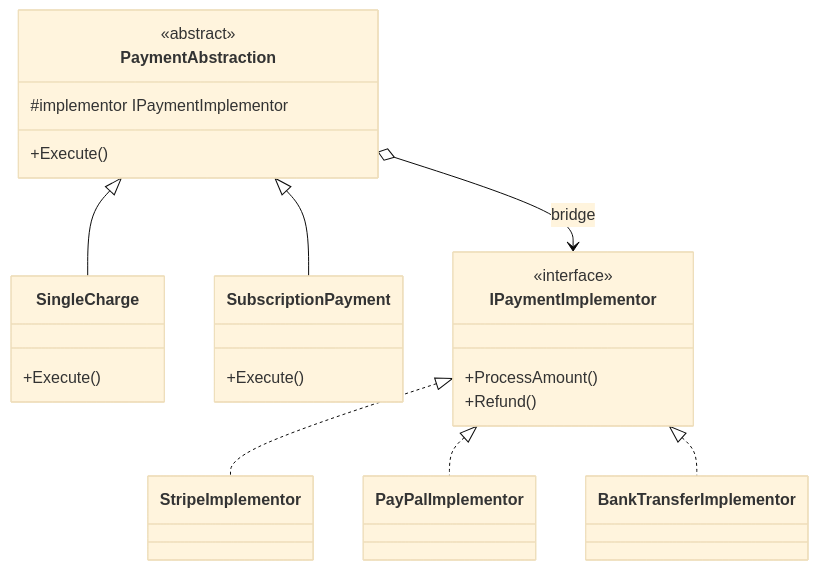
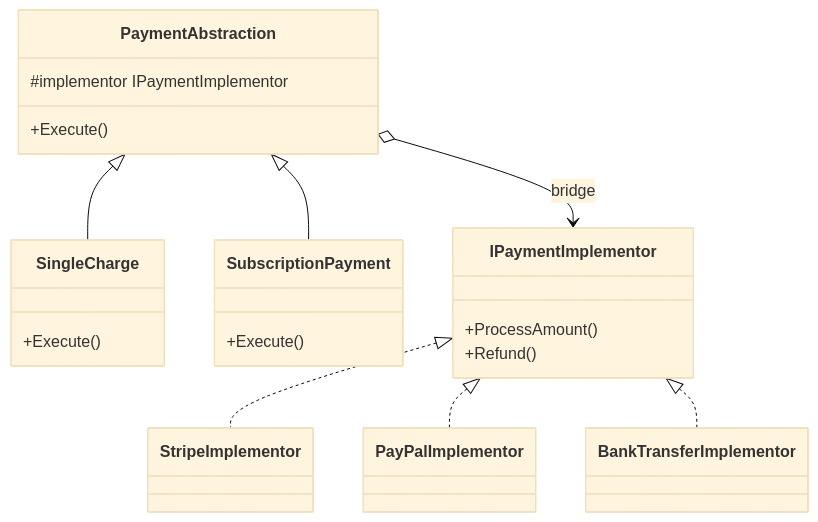
Before and after one commit to grafanaKibana/devbook.zip: the diagram in Vault/Software Engineering/05 Architecture/Patterns/Design Patterns/Structural/Bridge.md, drawn with Mermaid (base theme). The commit also changed 15 other files, not shown here.

````diff
--- a/Vault/Software Engineering/05 Architecture/Patterns/Design Patterns/Structural/Bridge.md
+++ b/Vault/Software Engineering/05 Architecture/Patterns/Design Patterns/Structural/Bridge.md
@@ -18,28 +18,28 @@
 ```mermaid
 classDiagram
     class PaymentAbstraction {
-        <<abstract>>
+
         #implementor IPaymentImplementor
         +Execute()
     }
     class SingleCharge {
         +Execute()
     }
     class SubscriptionPayment {
         +Execute()
     }
     class IPaymentImplementor {
-        <<interface>>
+
         +ProcessAmount()
         +Refund()
     }
     class StripeImplementor
     class PayPalImplementor
     class BankTransferImplementor
     PaymentAbstraction <|-- SingleCharge
     PaymentAbstraction <|-- SubscriptionPayment
     PaymentAbstraction o--> IPaymentImplementor : bridge
     IPaymentImplementor <|.. StripeImplementor
     IPaymentImplementor <|.. PayPalImplementor
     IPaymentImplementor <|.. BankTransferImplementor
 ```
````
